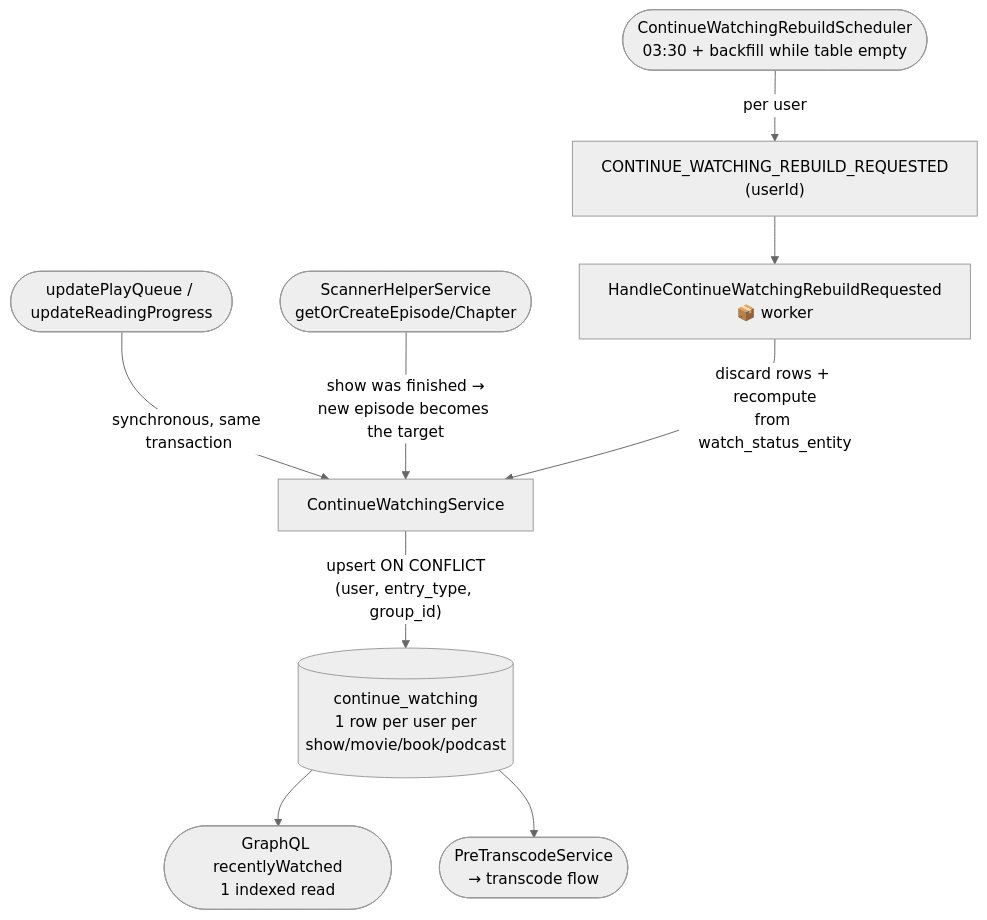
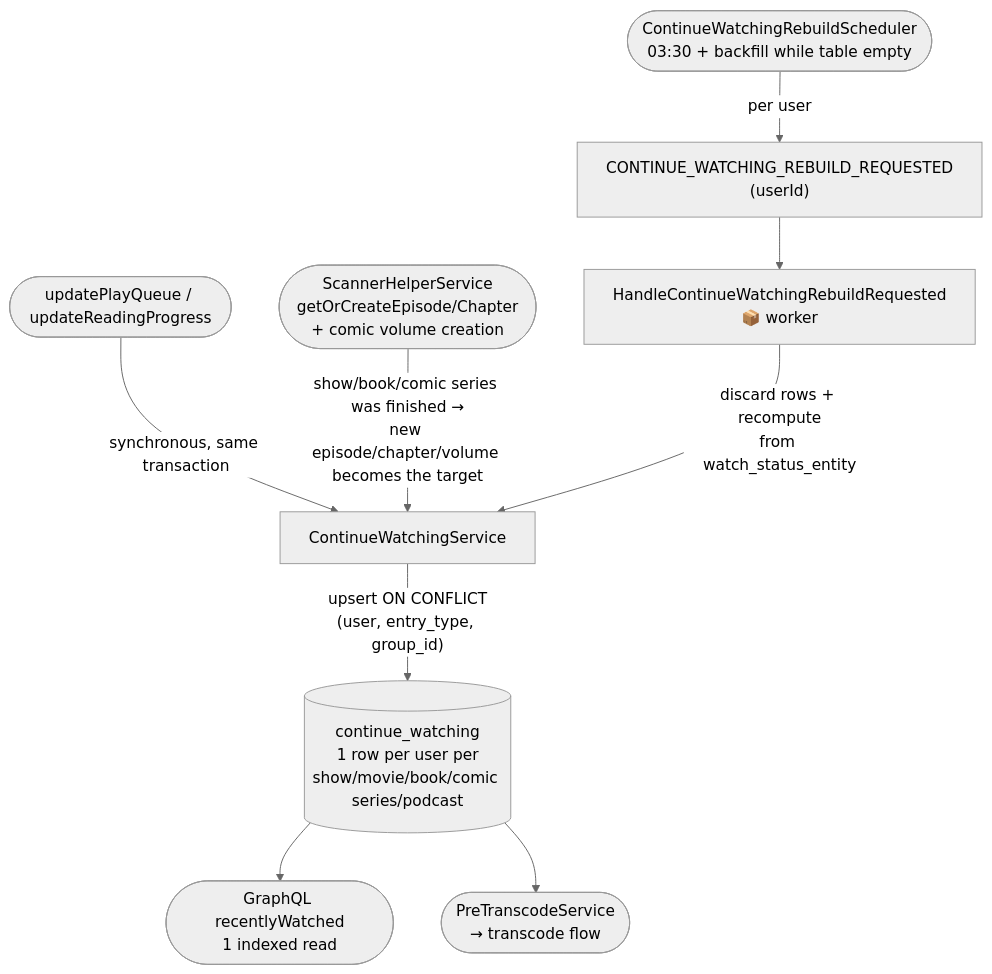
One commit to ister-app/server changed the diagram in doc/architecture/diagrams/continue-watching-flow.md. Above: the diagram before and after it, drawn with Mermaid (neutral theme). The commit also changed 21 other files, not shown here.

First line of the commit message:
docs(architecture): sync the chapters and diagrams with the code

````diff
--- a/doc/architecture/diagrams/continue-watching-flow.md
+++ b/doc/architecture/diagrams/continue-watching-flow.md
@@ -7,15 +7,15 @@
 ```mermaid
 flowchart TD
     HB([updatePlayQueue / updateReadingProgress]) -->|"synchronous, same transaction"| S
-    SC([ScannerHelperService\ngetOrCreateEpisode/Chapter]) -->|"show was finished →\nnew episode becomes the target"| S
+    SC([ScannerHelperService\ngetOrCreateEpisode/Chapter\n+ comic volume creation]) -->|"show/book/comic series was finished →\nnew episode/chapter/volume becomes the target"| S
 
     Cron([ContinueWatchingRebuildScheduler\n03:30 + backfill while table empty]) -->|per user| E
     E["CONTINUE_WATCHING_REBUILD_REQUESTED\n(userId)"]
     E --> H["HandleContinueWatchingRebuildRequested\n📦 worker"]
     H -->|"discard rows + recompute\nfrom watch_status_entity"| S
 
     S["ContinueWatchingService"]
-    S -->|"upsert ON CONFLICT\n(user, entry_type, group_id)"| T[("continue_watching\n1 row per user per\nshow/movie/book/podcast")]
+    S -->|"upsert ON CONFLICT\n(user, entry_type, group_id)"| T[("continue_watching\n1 row per user per\nshow/movie/book/comic series/podcast")]
     T --> Q([GraphQL recentlyWatched\n1 indexed read])
     T --> P([PreTranscodeService\n→ transcode flow])
 ```
````
